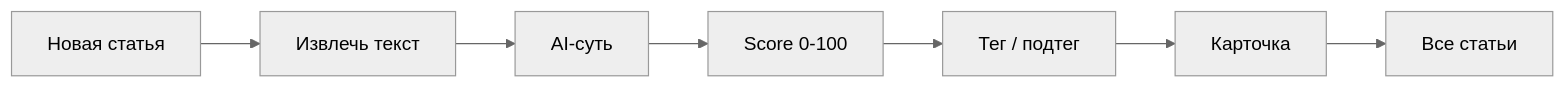
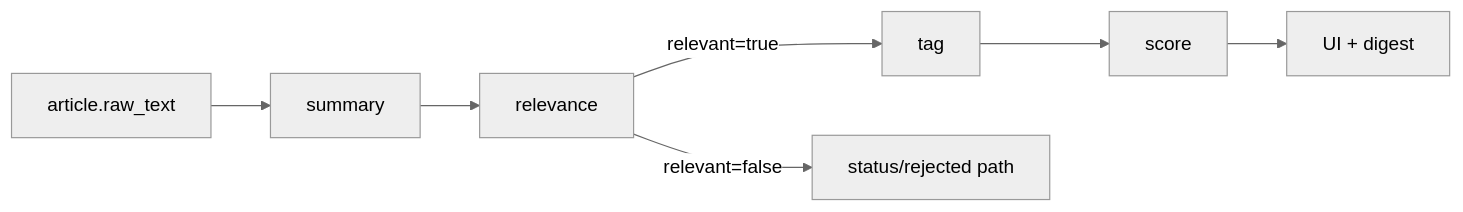
Before and after one commit to electromop/oiltech-digest: the third of 3 diagrams in docs/architecture.md, drawn with Mermaid (neutral theme). The commit also changed other lines of this file and 31 other files, not shown here.

````diff
--- a/docs/architecture.md
+++ b/docs/architecture.md
@@ -151,9 +145,9 @@
 ```mermaid
 flowchart LR
-  article["Новая статья"] --> text["Извлечь текст"]
-  text --> summary["AI-суть"]
-  summary --> score["Score 0-100"]
-  score --> tag["Тег / подтег"]
-  tag --> card["Карточка"]
-  card --> ui["Все статьи"]
+  A["article.raw_text"] --> S["summary"]
+  S --> R["relevance"]
+  R -->|relevant=true| T["tag"]
+  R -->|relevant=false| X["status/rejected path"]
+  T --> SC["score"]
+  SC --> RES["UI + digest"]
 ```
````
